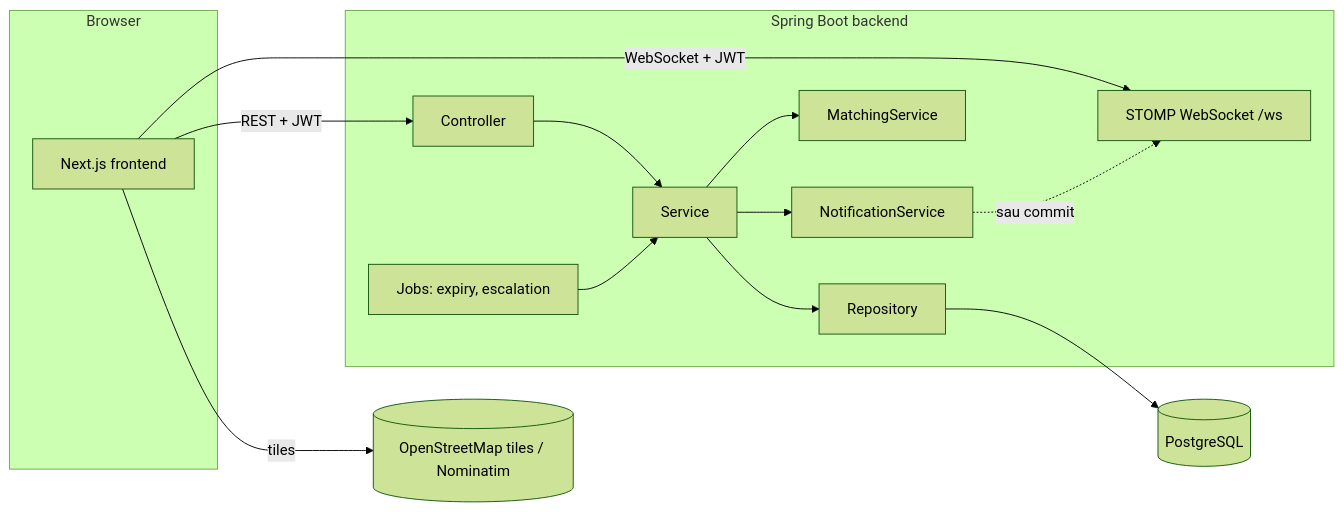
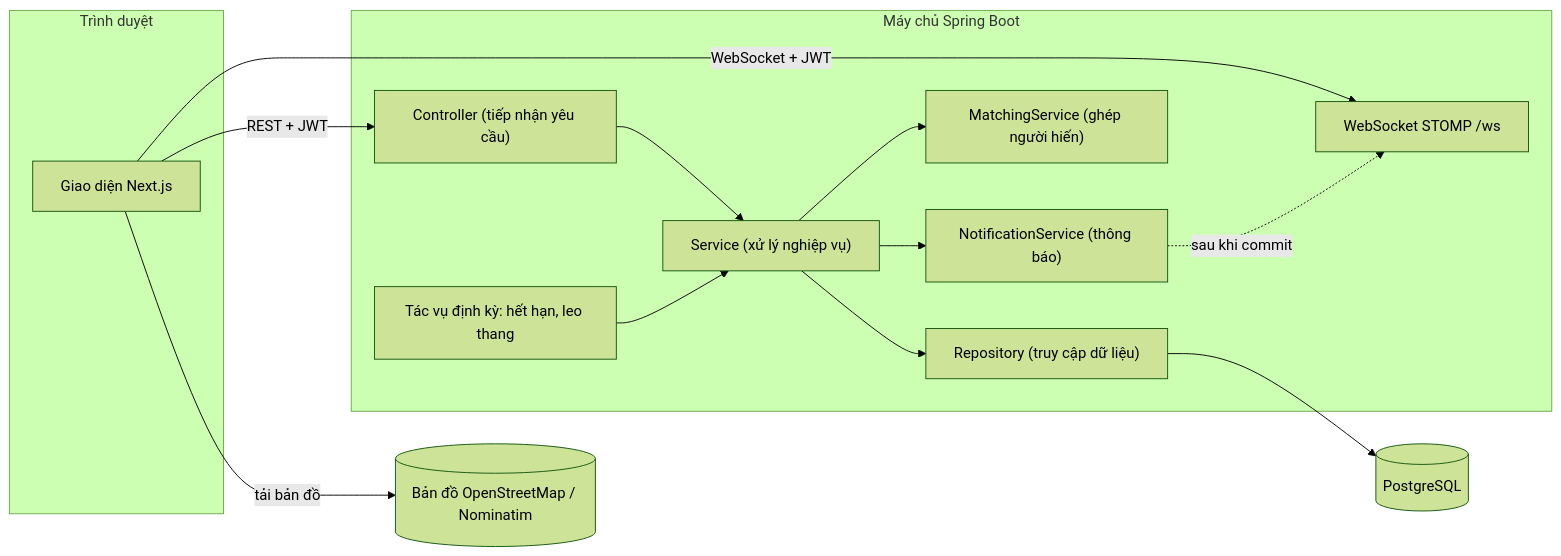
The first of 9 diagrams in docs/ARCHITECTURE.md (nhungoc260/lifely_demo), drawn with Mermaid (forest theme) before and after one commit. The commit also changed other lines of this file, not shown here.

First line of the commit message:
Revise architecture and ERD sections with translations

````diff
--- a/docs/ARCHITECTURE.md
+++ b/docs/ARCHITECTURE.md
@@ -6,21 +6,21 @@
 ```mermaid
 flowchart LR
-  subgraph Browser
-    FE[Next.js frontend]
+  subgraph Browser["Trình duyệt"]
+    FE["Giao diện Next.js"]
   end
-  subgraph Backend[Spring Boot backend]
-    C[Controller] --> S[Service] --> R[Repository]
-    S --> M[MatchingService]
-    S --> N[NotificationService]
-    WS[STOMP WebSocket /ws]
-    J[Jobs: expiry, escalation]
+  subgraph Backend["Máy chủ Spring Boot"]
+    C["Controller (tiếp nhận yêu cầu)"] --> S["Service (xử lý nghiệp vụ)"] --> R["Repository (truy cập dữ liệu)"]
+    S --> M["MatchingService (ghép người hiến)"]
+    S --> N["NotificationService (thông báo)"]
+    WS["WebSocket STOMP /ws"]
+    J["Tác vụ định kỳ: hết hạn, leo thang"]
   end
-  DB[(PostgreSQL)]
-  OSM[(OpenStreetMap tiles / Nominatim)]
-  FE -- REST + JWT --> C
-  FE -- WebSocket + JWT --> WS
-  FE -- tiles --> OSM
+  DB[("PostgreSQL")]
+  OSM[("Bản đồ OpenStreetMap / Nominatim")]
+  FE -- "REST + JWT" --> C
+  FE -- "WebSocket + JWT" --> WS
+  FE -- "tải bản đồ" --> OSM
   R --> DB
-  N -. sau commit .-> WS
+  N -. "sau khi commit" .-> WS
   J --> S
 ```
````
